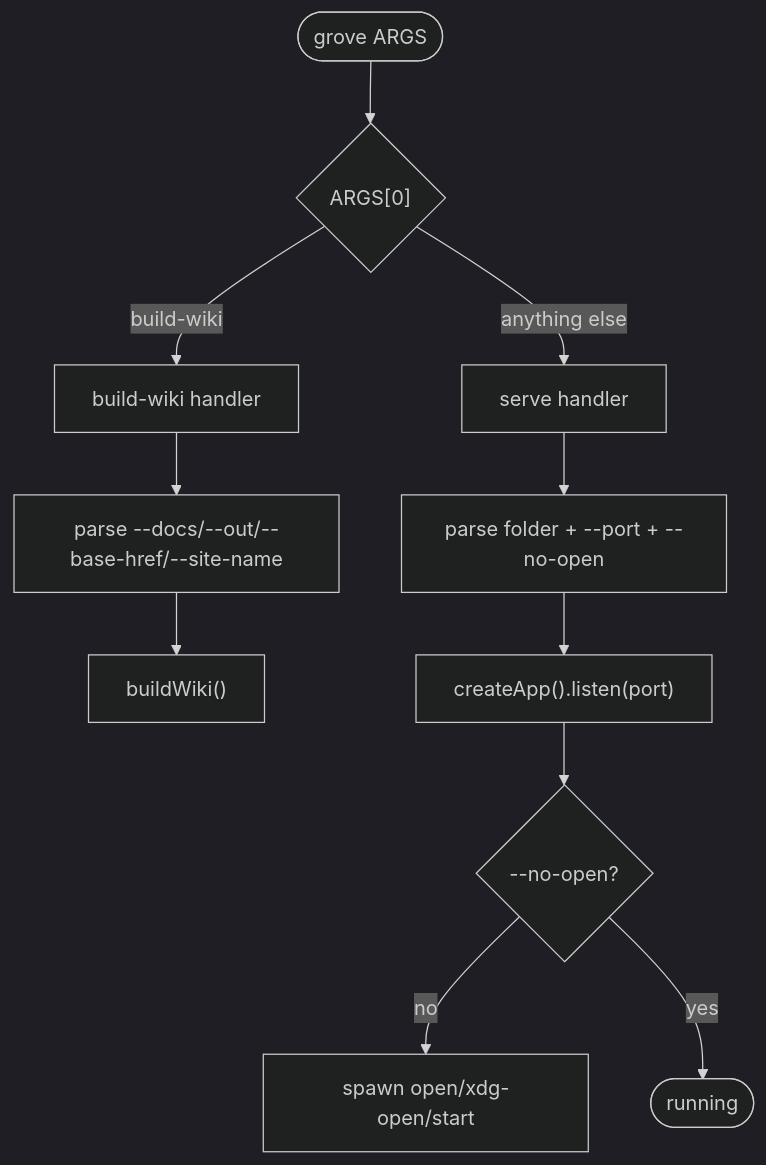
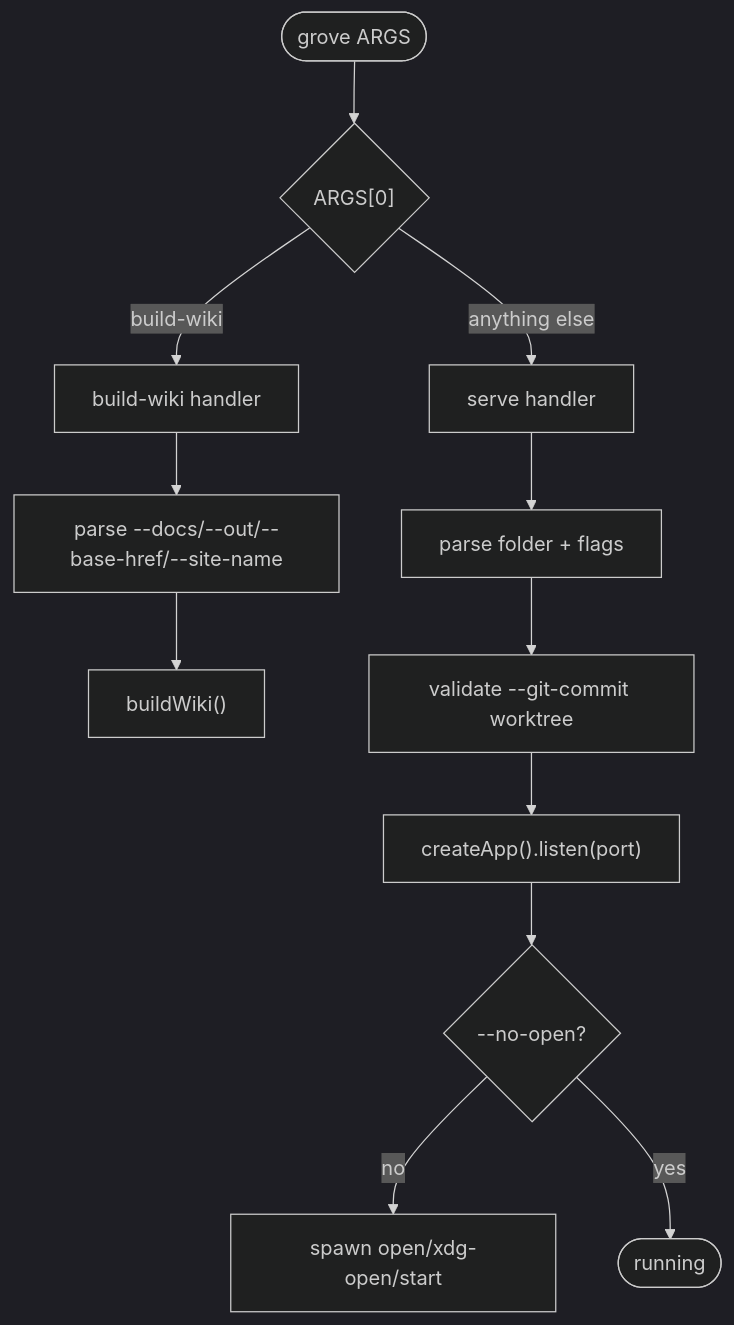
One commit to MorizMensi/grove changed the diagram in docs/reference/cli.md. Above: the diagram before and after it, drawn with Mermaid (dark theme). The commit also changed other lines of this file and 23 other files, not shown here.

````diff
--- a/docs/reference/cli.md
+++ b/docs/reference/cli.md
@@ -14,13 +14,14 @@
 ```mermaid
 flowchart TD
   A([grove ARGS]) --> B{"ARGS[0]"}
   B -->|build-wiki| W[build-wiki handler]
   B -->|anything else| S[serve handler]
   W --> W1[parse --docs/--out/--base-href/--site-name]
   W1 --> W2["buildWiki()"]
-  S --> S1[parse folder + --port + --no-open]
-  S1 --> S2["createApp().listen(port)"]
-  S2 --> S3{"--no-open?"}
-  S3 -->|no| S4[spawn open/xdg-open/start]
-  S3 -->|yes| S5([running])
+  S --> S1[parse folder + flags]
+  S1 --> S2["validate --git-commit worktree"]
+  S2 --> S3["createApp().listen(port)"]
+  S3 --> S4{"--no-open?"}
+  S4 -->|no| S5[spawn open/xdg-open/start]
+  S4 -->|yes| S6([running])
 ```
````
